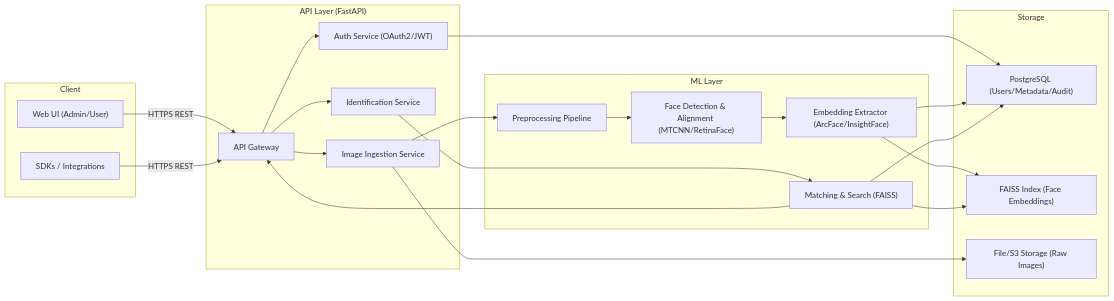
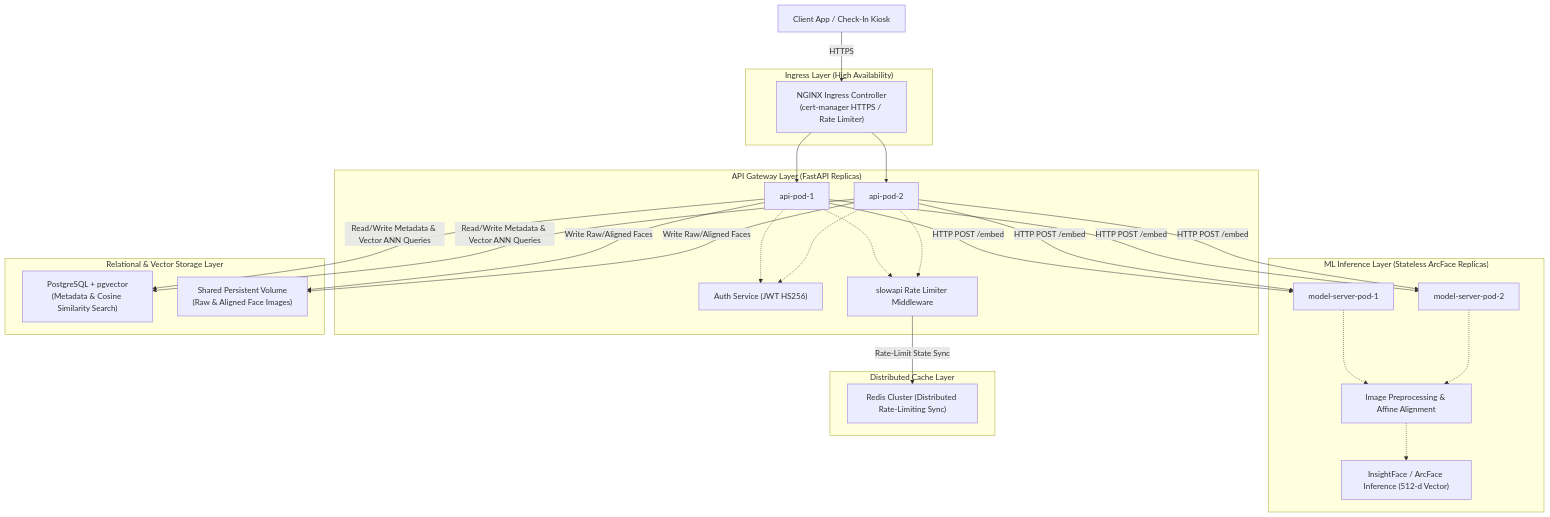
Before and after one commit to facereguniversal/face-reg: the diagram in docs/architecture.md, drawn with Mermaid. The commit also changed other lines of this file and 28 other files, not shown here.

````diff
--- a/docs/architecture.md
+++ b/docs/architecture.md
@@ -9,41 +11,45 @@
 ```mermaid
-graph LR
-    subgraph Client
-      UI["Web UI (Admin/User)"]
-      SDKs["SDKs / Integrations"]
+graph TD
+    Client["Client App / Check-In Kiosk"]
+    
+    subgraph INGRESS_LAYER["Ingress Layer (High Availability)"]
+        Ingress["NGINX Ingress Controller<br>(cert-manager HTTPS / Rate Limiter)"]
     end
-    subgraph API["API Layer (FastAPI)"]
-      APIGW["API Gateway"]
-      Auth["Auth Service (OAuth2/JWT)"]
-      Ingest["Image Ingestion Service"]
-      Identify["Identification Service"]
+    
+    subgraph API_GATEWAY["API Gateway Layer (FastAPI Replicas)"]
+        API_1["api-pod-1"]
+        API_2["api-pod-2"]
+        Auth["Auth Service (JWT HS256)"]
+        Router["slowapi Rate Limiter Middleware"]
     end
-    subgraph ML["ML Layer"]
-      Preproc["Preprocessing Pipeline"]
-      Detect["Face Detection & Alignment (MTCNN/RetinaFace)"]
-      Embed["Embedding Extractor (ArcFace/InsightFace)"]
-      Match["Matching & Search (FAISS)"]
+    
+    subgraph INFERENCE_LAYER["ML Inference Layer (Stateless ArcFace Replicas)"]
+        ML_1["model-server-pod-1"]
+        ML_2["model-server-pod-2"]
+        Preproc["Image Preprocessing & Affine Alignment"]
+        Insight["InsightFace / ArcFace Inference (512-d Vector)"]
     end
-    subgraph Storage
-      MetaDB["PostgreSQL (Users/Metadata/Audit)"]
-      VecDB["FAISS Index (Face Embeddings)"]
-      ImgStore["File/S3 Storage (Raw Images)"]
+    
+    subgraph CACHE_LAYER["Distributed Cache Layer"]
+        Redis["Redis Cluster (Distributed Rate-Limiting Sync)"]
+    end
+    
+    subgraph STORAGE_LAYER["Relational & Vector Storage Layer"]
+        Postgres["PostgreSQL + pgvector<br>(Metadata & Cosine Similarity Search)"]
+        PV["Shared Persistent Volume<br>(Raw & Aligned Face Images)"]
     end
 
-    UI -->|HTTPS REST| APIGW
-    SDKs -->|HTTPS REST| APIGW
-    APIGW --> Auth
-    APIGW --> Ingest
-    APIGW --> Identify
-    Auth --> MetaDB
-    Ingest --> ImgStore
-    Ingest --> Preproc
-    Preproc --> Detect
-    Detect --> Embed
-    Embed --> VecDB
-    Embed --> MetaDB
-    Identify --> Match
-    Match --> VecDB
-    Match --> MetaDB
-    Match --> APIGW
+    Client -->|HTTPS| Ingress
+    Ingress --> API_1 & API_2
+    
+    API_1 & API_2 -.-> Router
+    Router -->|Rate-Limit State Sync| Redis
+    API_1 & API_2 -.-> Auth
+    
+    API_1 & API_2 -->|HTTP POST /embed| ML_1 & ML_2
+    ML_1 & ML_2 -.-> Preproc
+    Preproc -.-> Insight
+    
+    API_1 & API_2 -->|Read/Write Metadata & Vector ANN Queries| Postgres
+    API_1 & API_2 -->|Write Raw/Aligned Faces| PV
 ```
````
